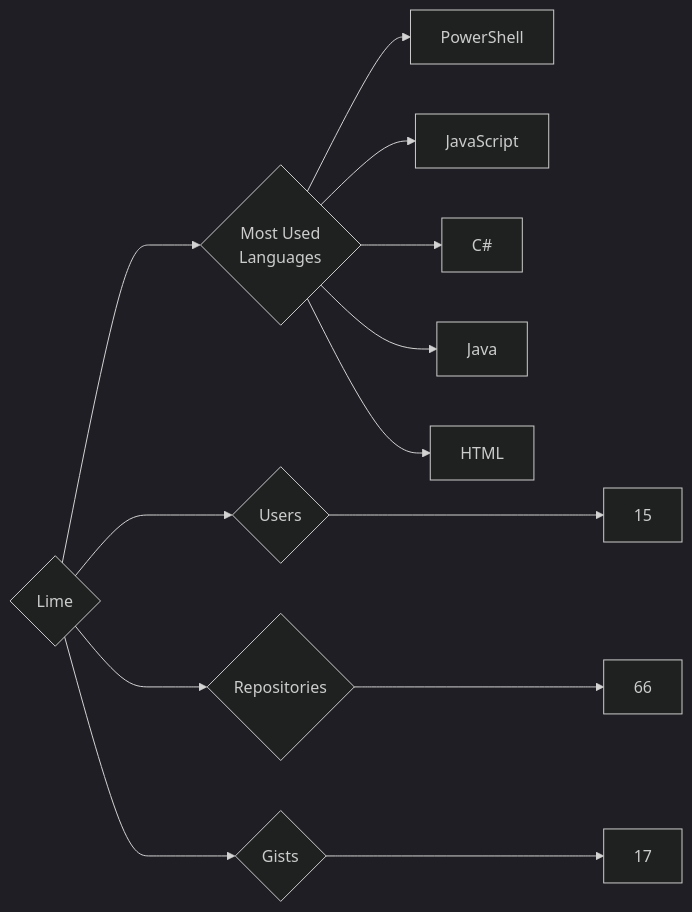
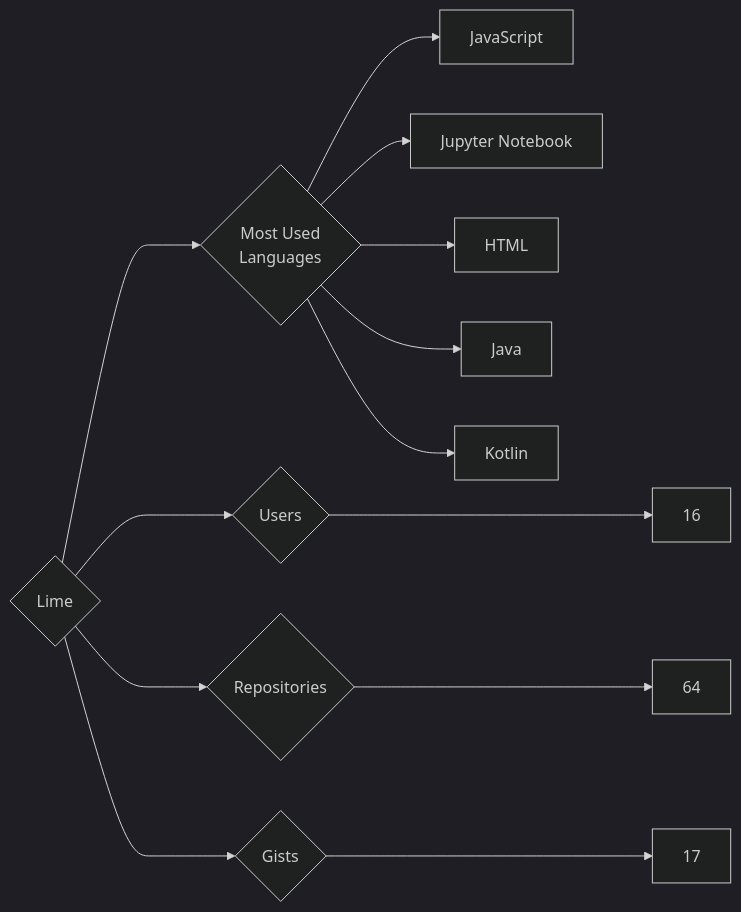
Before and after one commit to trickest/insiders: the diagram in targets/Lime/README.md, drawn with Mermaid (dark theme). The commit also changed 951 other files, not shown here.

````diff
--- a/targets/Lime/README.md
+++ b/targets/Lime/README.md
@@ -3,13 +3,13 @@
 ```mermaid
 graph LR
 COMPANY_NAME{Lime}
-COMPANY_NAME ---> U{Users} ---> UN[15]
-COMPANY_NAME ---> R{Repositories} ---> RN[66]
+COMPANY_NAME ---> U{Users} ---> UN[16]
+COMPANY_NAME ---> R{Repositories} ---> RN[64]
 COMPANY_NAME ---> G{Gists} ---> GN[17]
 COMPANY_NAME ---> ML{Most Used<br>Languages}
-ML --> PowerShell[PowerShell]
 ML --> JavaScript[JavaScript]
-ML --> C#[C#]
+ML --> Jupyter_Notebook[Jupyter Notebook]
+ML --> HTML[HTML]
 ML --> Java[Java]
-ML --> HTML[HTML]
+ML --> Kotlin[Kotlin]
 ```
````
